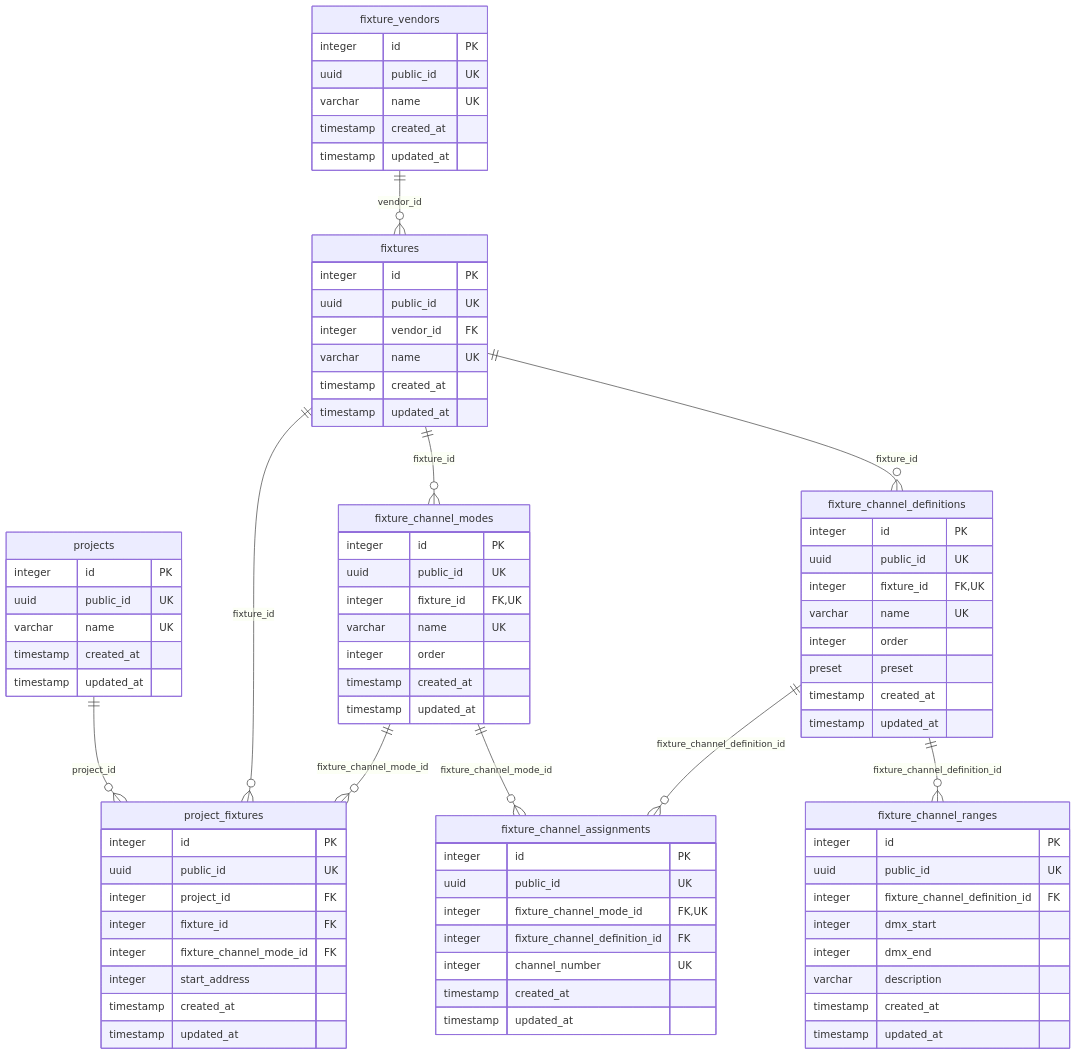
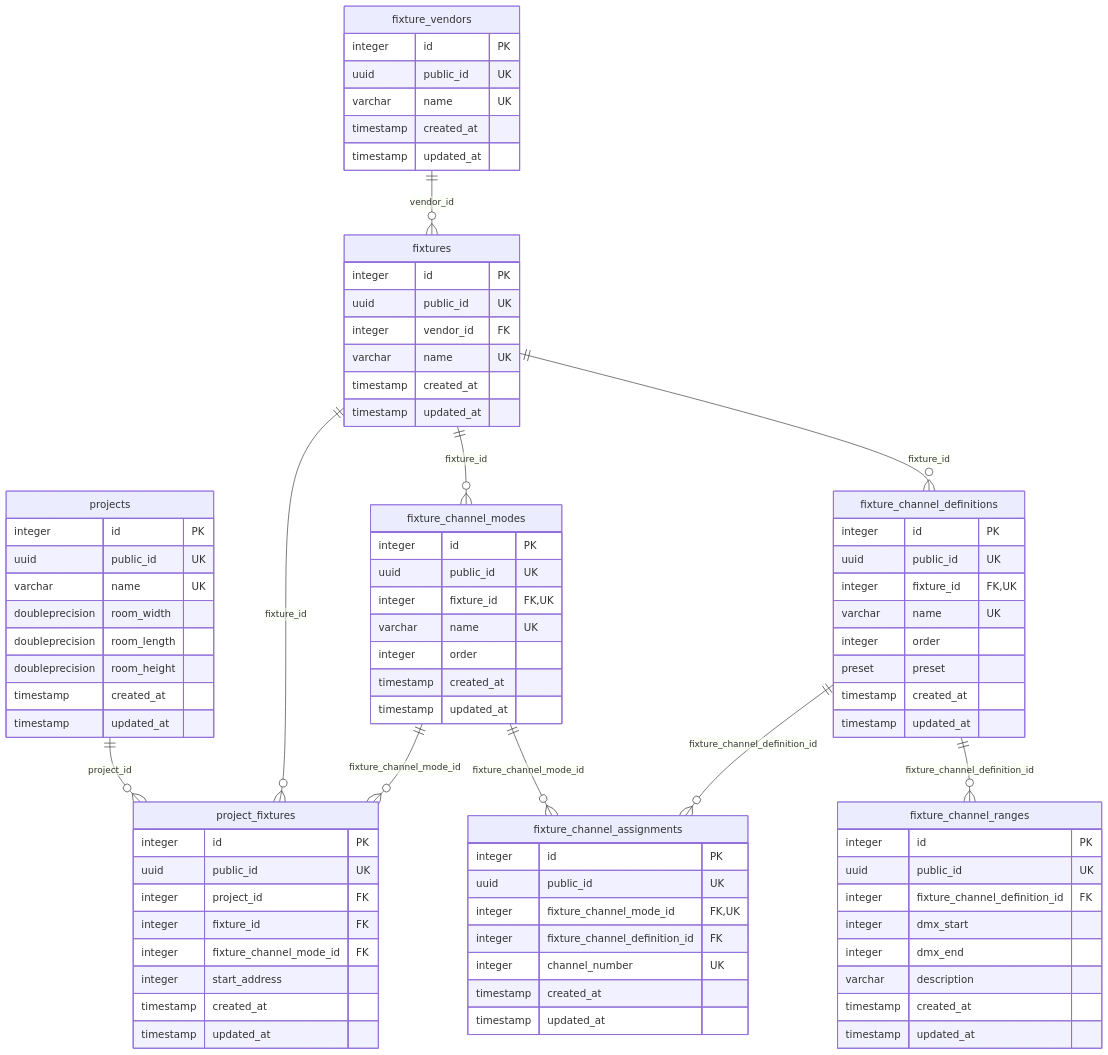
Before and after one commit to hsimpson/dmx-light-control: the diagram in apps/backend/docs/database-schema.md, drawn with Mermaid. The commit also changed 59 other files, not shown here.

```diff
--- a/apps/backend/docs/database-schema.md
+++ b/apps/backend/docs/database-schema.md
@@ -70,6 +70,9 @@
         integer id PK
         uuid public_id UK
         varchar name UK
+        doubleprecision room_width
+        doubleprecision room_length
+        doubleprecision room_height
         timestamp created_at
         timestamp updated_at
     }
```
